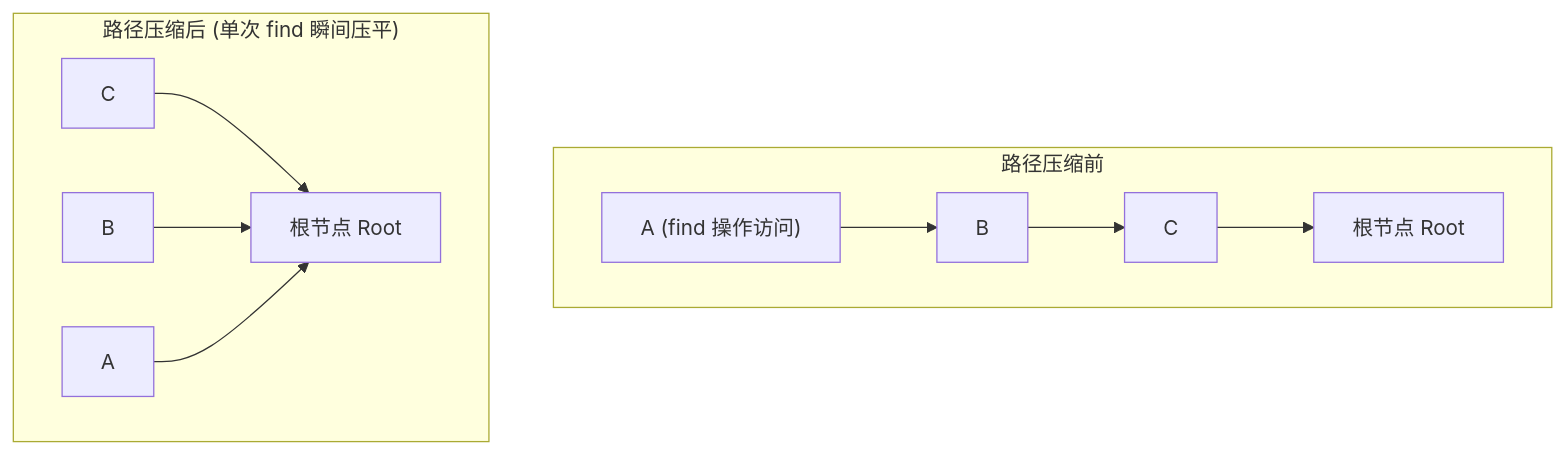
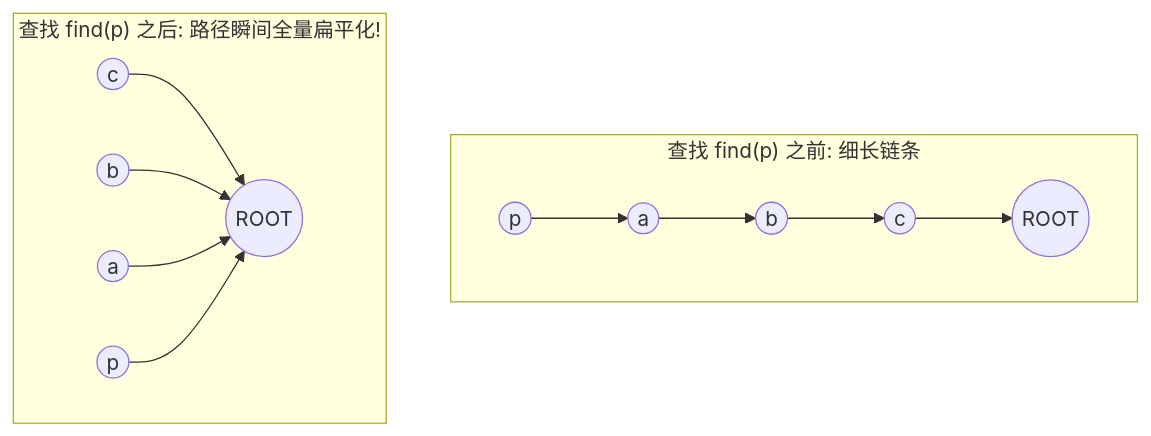
One commit to easonlines2007/easonlin-blog changed the second of 2 diagrams in src/content/notes/CS61B/lecture-15.md. Above: the diagram before and after it, drawn with Mermaid. The commit also changed other lines of this file and 230 other files, not shown here.

````diff
--- a/src/content/notes/CS61B/lecture-15.md
+++ b/src/content/notes/CS61B/lecture-15.md
@@ -56,15 +140,17 @@
 ```mermaid
 graph TD
-    subgraph 路径压缩前
-        R1["根节点 Root"]
-        C1["C"] --> R1
-        B1["B"] --> C1
-        A1["A (find 操作访问)"] --> B1
+    subgraph Before ["查找 find(p) 之前: 细长链条"]
+        R((ROOT))
+        C((c)) --> R
+        B((b)) --> C
+        A((a)) --> B
+        P((p)) --> A
     end
-    subgraph compressedTree["路径压缩后 (单次 find 瞬间压平)"]
-        R2["根节点 Root"]
-        C2["C"] --> R2
-        B2["B"] --> R2
-        A2["A"] --> R2
+    subgraph After ["查找 find(p) 之后: 路径瞬间全量扁平化!"]
+        R2((ROOT))
+        C2((c)) --> R2
+        B2((b)) --> R2
+        A2((a)) --> R2
+        P2((p)) --> R2
     end
 ```
````
